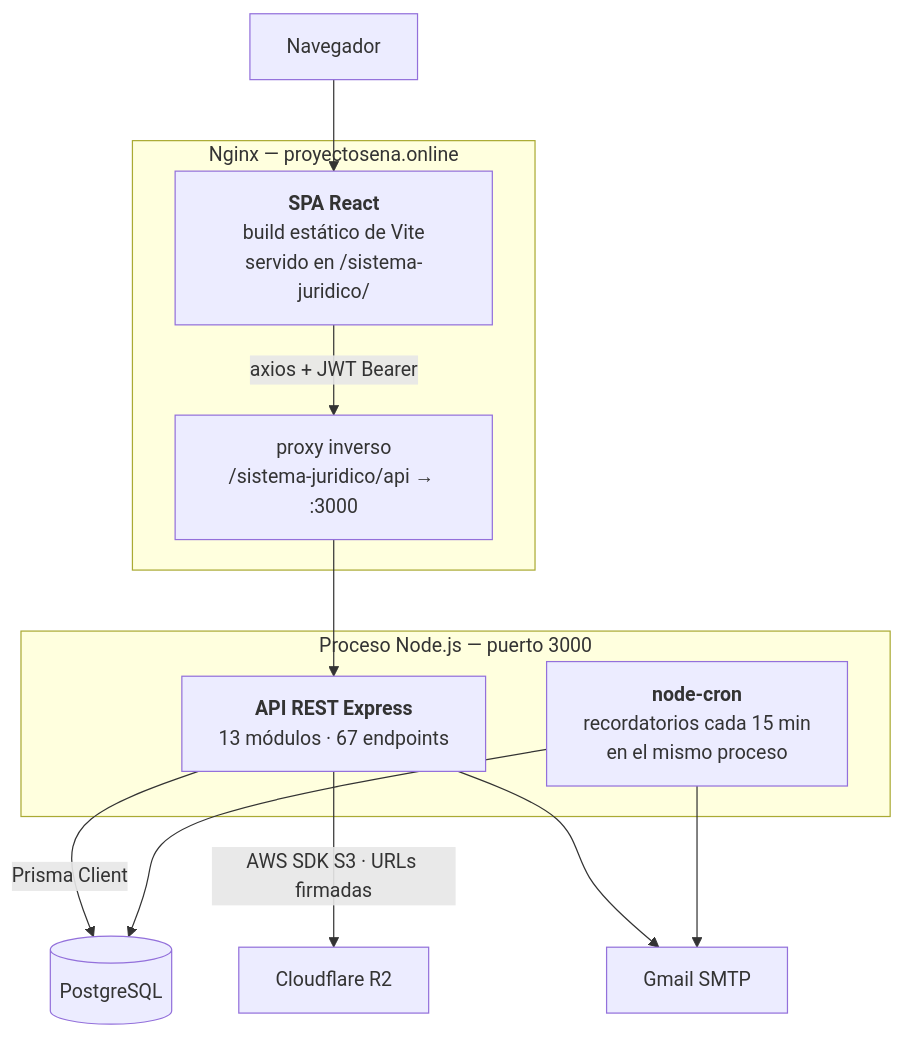
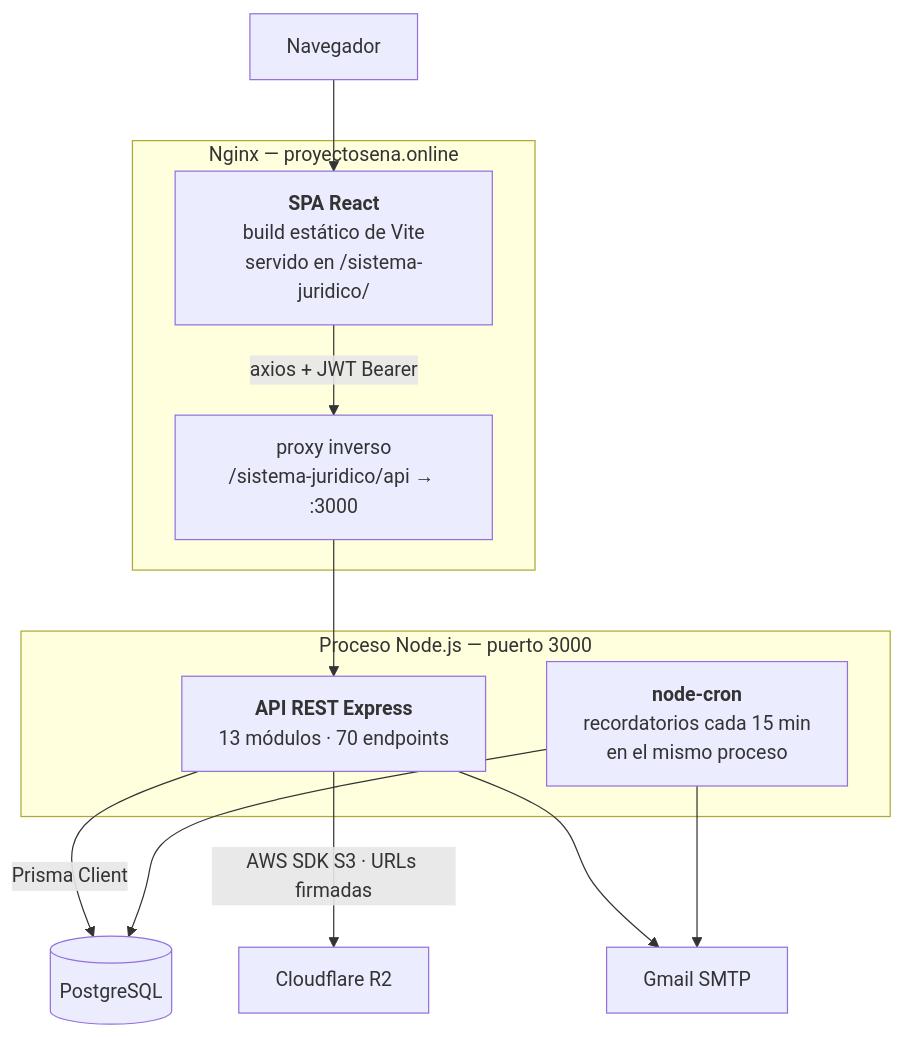
Before and after one commit to Aryannext/sistema-juridico: the second of 7 diagrams in docs/01-ARQUITECTURA.md, drawn with Mermaid. The commit also changed 62 other files, not shown here.

````diff
--- a/docs/01-ARQUITECTURA.md
+++ b/docs/01-ARQUITECTURA.md
@@ -94,27 +94,27 @@
 ```mermaid
 graph TB
     NAV["Navegador"]
 
     subgraph "Nginx — proyectosena.online"
         SPA["<b>SPA React</b><br/>build estático de Vite<br/>servido en /sistema-juridico/"]
         PROXY["proxy inverso<br/>/sistema-juridico/api → :3000"]
     end
 
     subgraph "Proceso Node.js — puerto 3000"
-        API["<b>API REST Express</b><br/>13 módulos · 67 endpoints"]
+        API["<b>API REST Express</b><br/>13 módulos · 70 endpoints"]
         CRON["<b>node-cron</b><br/>recordatorios cada 15 min<br/>en el mismo proceso"]
     end
 
     DB[("PostgreSQL")]
     R2["Cloudflare R2"]
     MAIL["Gmail SMTP"]
 
     NAV --> SPA
     SPA -->|"axios + JWT Bearer"| PROXY
     PROXY --> API
     API -->|"Prisma Client"| DB
     API -->|"AWS SDK S3 · URLs firmadas"| R2
     API --> MAIL
     CRON --> DB
     CRON --> MAIL
 ```
````
